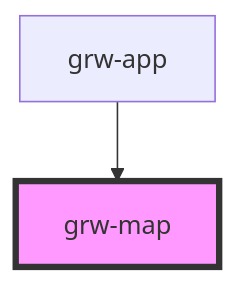
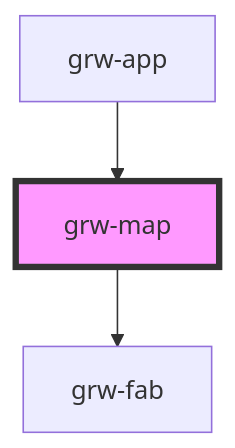
The diagram in src/components/grw-map/readme.md (GeotrekCE/Geotrek-rando-widget), drawn with Mermaid before and after one commit. The commit also changed other lines of this file and 24 other files, not shown here.

````diff
--- a/src/components/grw-map/readme.md
+++ b/src/components/grw-map/readme.md
@@ -67,5 +74,6 @@
 ```mermaid
 graph TD;
+  grw-map --> grw-fab
   grw-app --> grw-map
   style grw-map fill:#f9f,stroke:#333,stroke-width:4px
 ```
````
